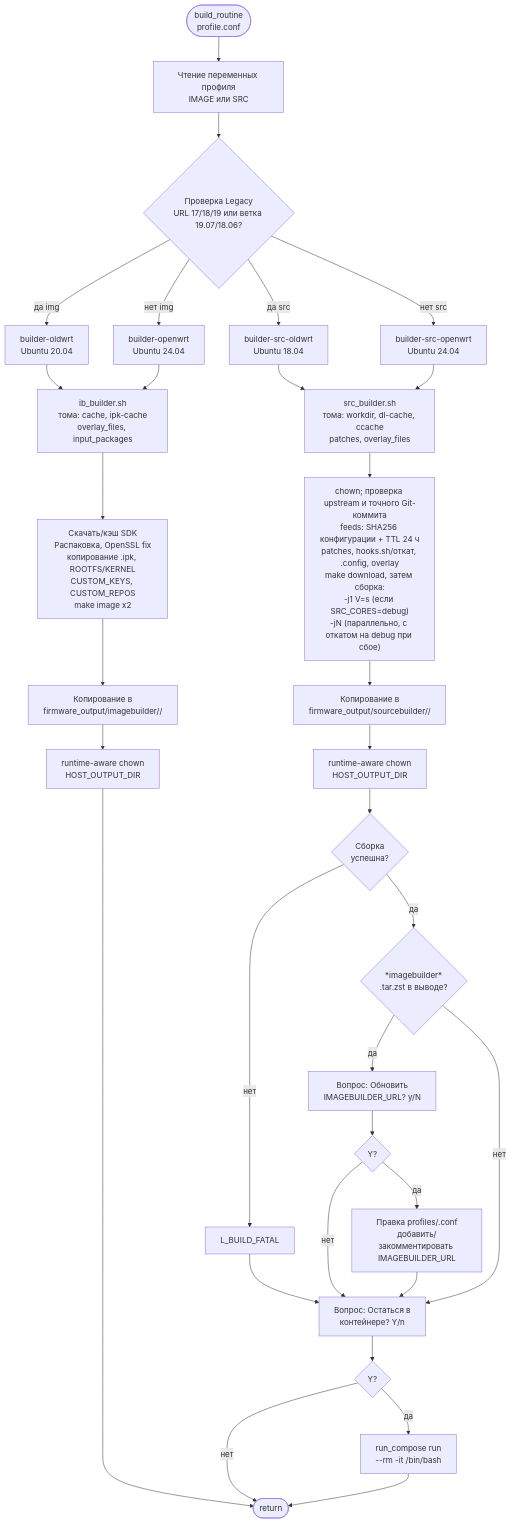
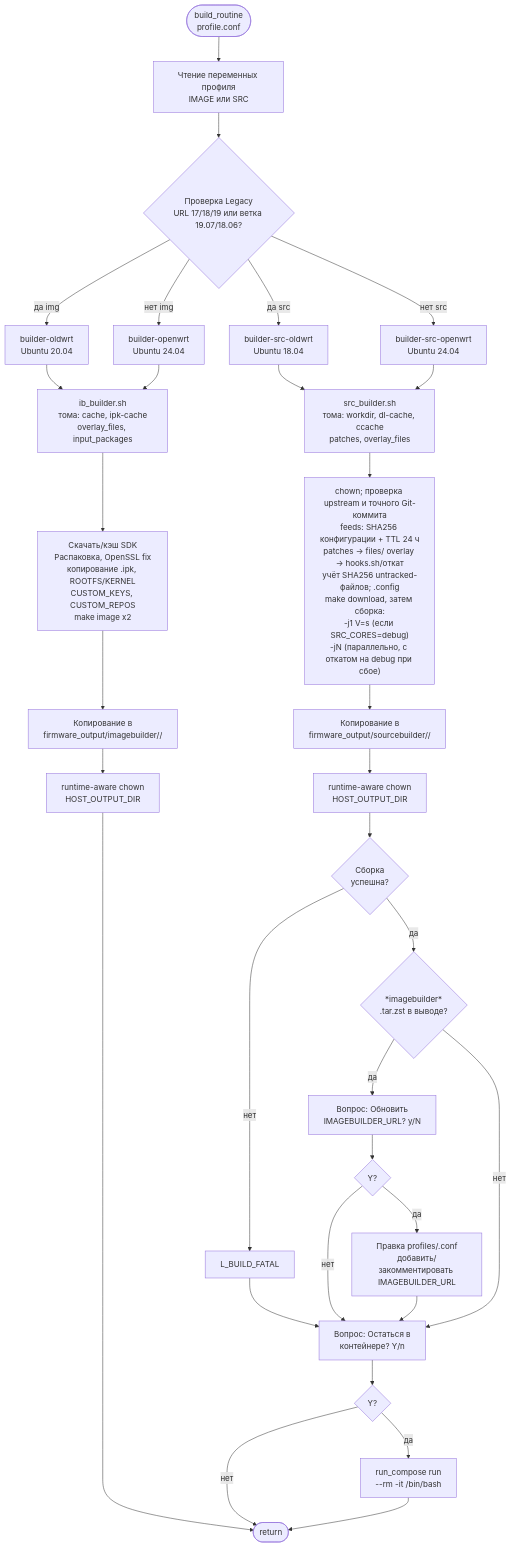
Before and after one commit to iqubik/routerFW: the sixth of 8 diagrams in docs/ARCHITECTURE_diagram_ru.md, drawn with Mermaid. The commit also changed other lines of this file and 12 other files, not shown here.

````diff
--- a/docs/ARCHITECTURE_diagram_ru.md
+++ b/docs/ARCHITECTURE_diagram_ru.md
@@ -222,35 +222,36 @@
 ```mermaid
 flowchart TD
     BR([build_routine\nprofile.conf])
     BR --> READ_PROFILE["Чтение переменных профиля\nIMAGE или SRC"]
     READ_PROFILE --> LEGACY{"Проверка Legacy\nURL 17/18/19 или ветка 19.07/18.06?"}
     LEGACY --> |да img| OLD_IMG["builder-oldwrt\nUbuntu 20.04"]
     LEGACY --> |нет img| NEW_IMG["builder-openwrt\nUbuntu 24.04"]
     LEGACY --> |да src| OLD_SRC["builder-src-oldwrt\nUbuntu 18.04"]
     LEGACY --> |нет src| NEW_SRC["builder-src-openwrt\nUbuntu 24.04"]
 
     OLD_IMG & NEW_IMG --> IB["ib_builder.sh\nтома: cache, ipk-cache\noverlay_files, input_packages"]
     IB --> IB_STEPS["Скачать/кэш SDK\nРаспаковка, OpenSSL fix\nкопирование .ipk, ROOTFS/KERNEL\nCUSTOM_KEYS, CUSTOM_REPOS\nmake image x2"]
     IB_STEPS --> IB_OUT["Копирование в\nfirmware_output/imagebuilder/<id>/<ts>"]
     IB_OUT --> IB_CHOWN["runtime-aware chown\nHOST_OUTPUT_DIR"]
     IB_CHOWN --> BR_END([return])
 
     OLD_SRC & NEW_SRC --> SB["src_builder.sh\nтома: workdir, dl-cache, ccache\npatches, overlay_files"]
-    SB --> SB_STEPS["chown; проверка upstream и точного Git-коммита\nfeeds: SHA256 конфигурации + TTL 24 ч\npatches, hooks.sh/откат, .config, overlay\nmake download, затем сборка:\n-j1 V=s (если SRC_CORES=debug)\n-jN (параллельно, с откатом на debug при сбое)"]
+    SB --> SB_STEPS["chown; проверка upstream и точного Git-коммита\nfeeds: SHA256 конфигурации + TTL 24 ч\npatches → files/ overlay → hooks.sh/откат
+учёт SHA256 untracked-файлов; .config\nmake download, затем сборка:\n-j1 V=s (если SRC_CORES=debug)\n-jN (параллельно, с откатом на debug при сбое)"]
     SB_STEPS --> SB_OUT["Копирование в\nfirmware_output/sourcebuilder/<id>/<ts>"]
     SB_OUT --> SB_CHOWN["runtime-aware chown\nHOST_OUTPUT_DIR"]
     SB_CHOWN --> SB_OK{"Сборка\nуспешна?"}
     SB_OK --> |нет| SB_FATAL["L_BUILD_FATAL"]
     SB_FATAL --> SB_SHELL_Q2
     SB_OK --> |да| IB_TAR{"*imagebuilder*\n.tar.zst в выводе?"}
     IB_TAR --> |да| SB_Q1["Вопрос: Обновить\nIMAGEBUILDER_URL? y/N"]
     SB_Q1 --> SB_UPDATE{"Y?"}
     SB_UPDATE --> |да| SB_WRITE["Правка profiles/<id>.conf\nдобавить/закомментировать IMAGEBUILDER_URL"]
     SB_UPDATE --> |нет| SB_SHELL_Q2
     SB_WRITE --> SB_SHELL_Q2["Вопрос: Остаться в\nконтейнере? Y/n"]
     IB_TAR --> |нет| SB_SHELL_Q2
     SB_SHELL_Q2 --> SB_STAY{"Y?"}
     SB_STAY --> |да| SB_RUN["run_compose run\n--rm -it /bin/bash"]
     SB_STAY --> |нет| BR_END
     SB_RUN --> BR_END
 ```
````
